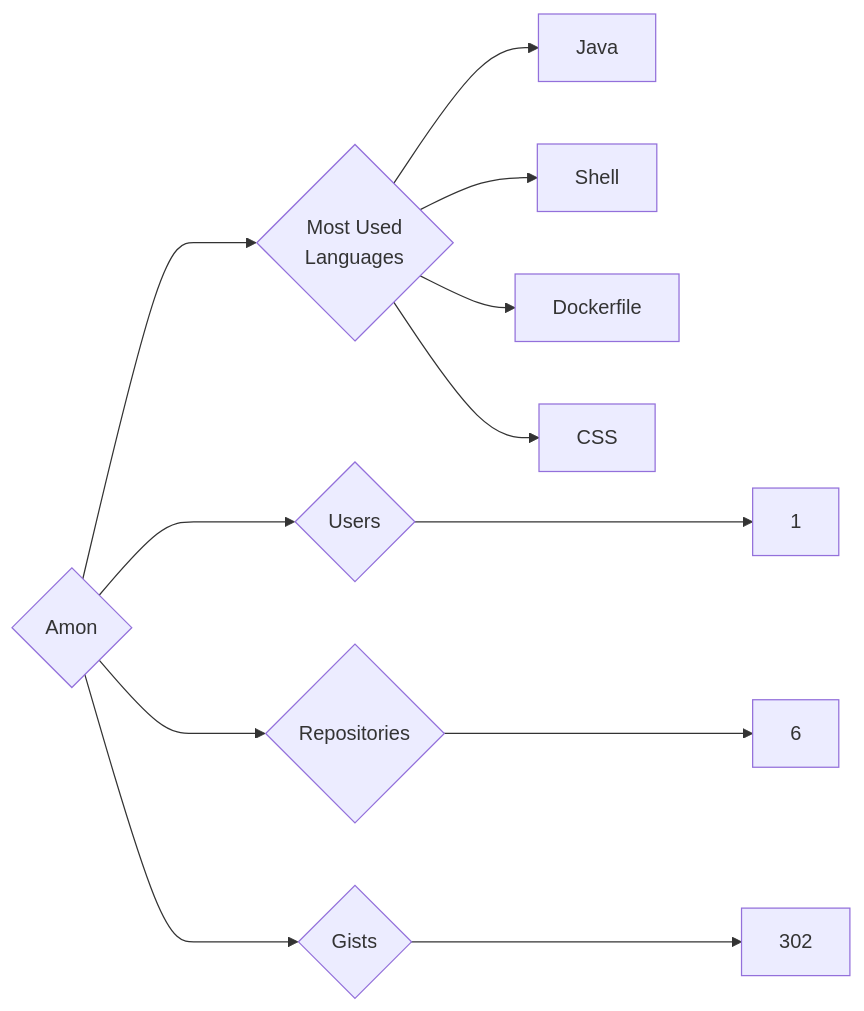
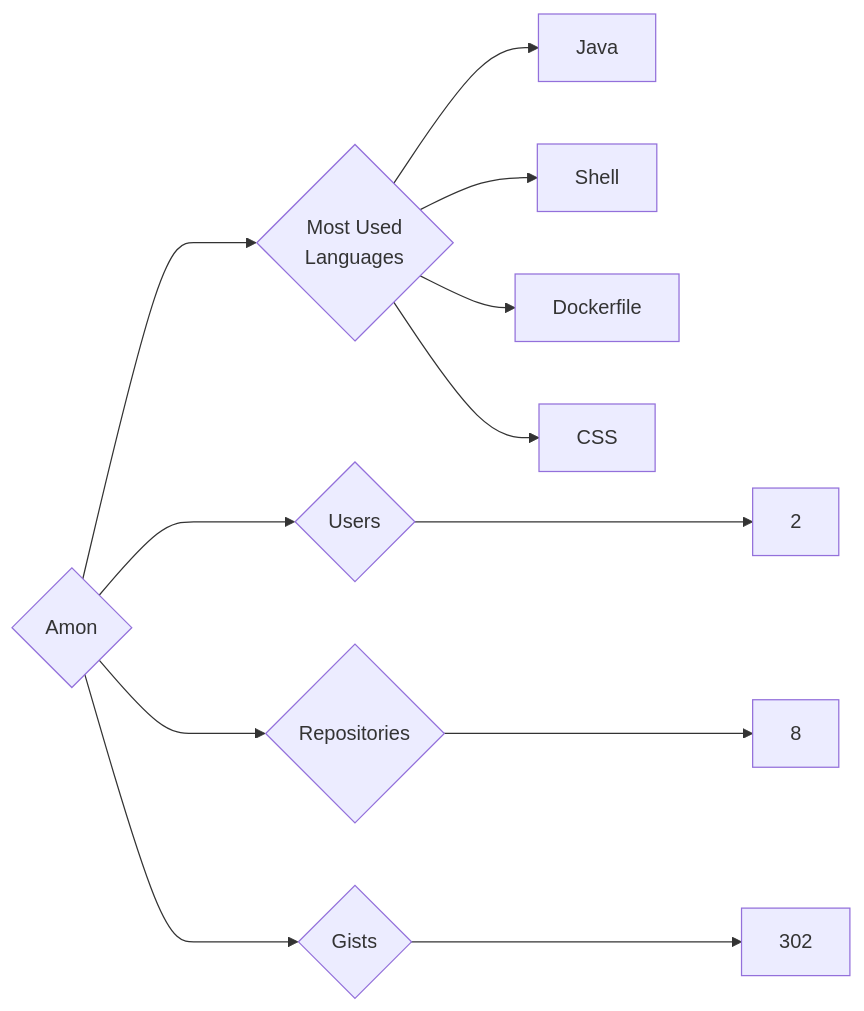
The diagram in targets/Amon/README.md (trickest/insiders), drawn with Mermaid before and after one commit. The commit also changed 859 other files, not shown here.

````diff
--- a/targets/Amon/README.md
+++ b/targets/Amon/README.md
@@ -3,12 +3,12 @@
 ```mermaid
 graph LR
 COMPANY_NAME{Amon}
-COMPANY_NAME ---> U{Users} ---> UN[1]
-COMPANY_NAME ---> R{Repositories} ---> RN[6]
+COMPANY_NAME ---> U{Users} ---> UN[2]
+COMPANY_NAME ---> R{Repositories} ---> RN[8]
 COMPANY_NAME ---> G{Gists} ---> GN[302]
 COMPANY_NAME ---> ML{Most Used<br>Languages}
 ML --> Java[Java]
 ML --> Shell[Shell]
 ML --> Dockerfile[Dockerfile]
 ML --> CSS[CSS]
 ```
````
